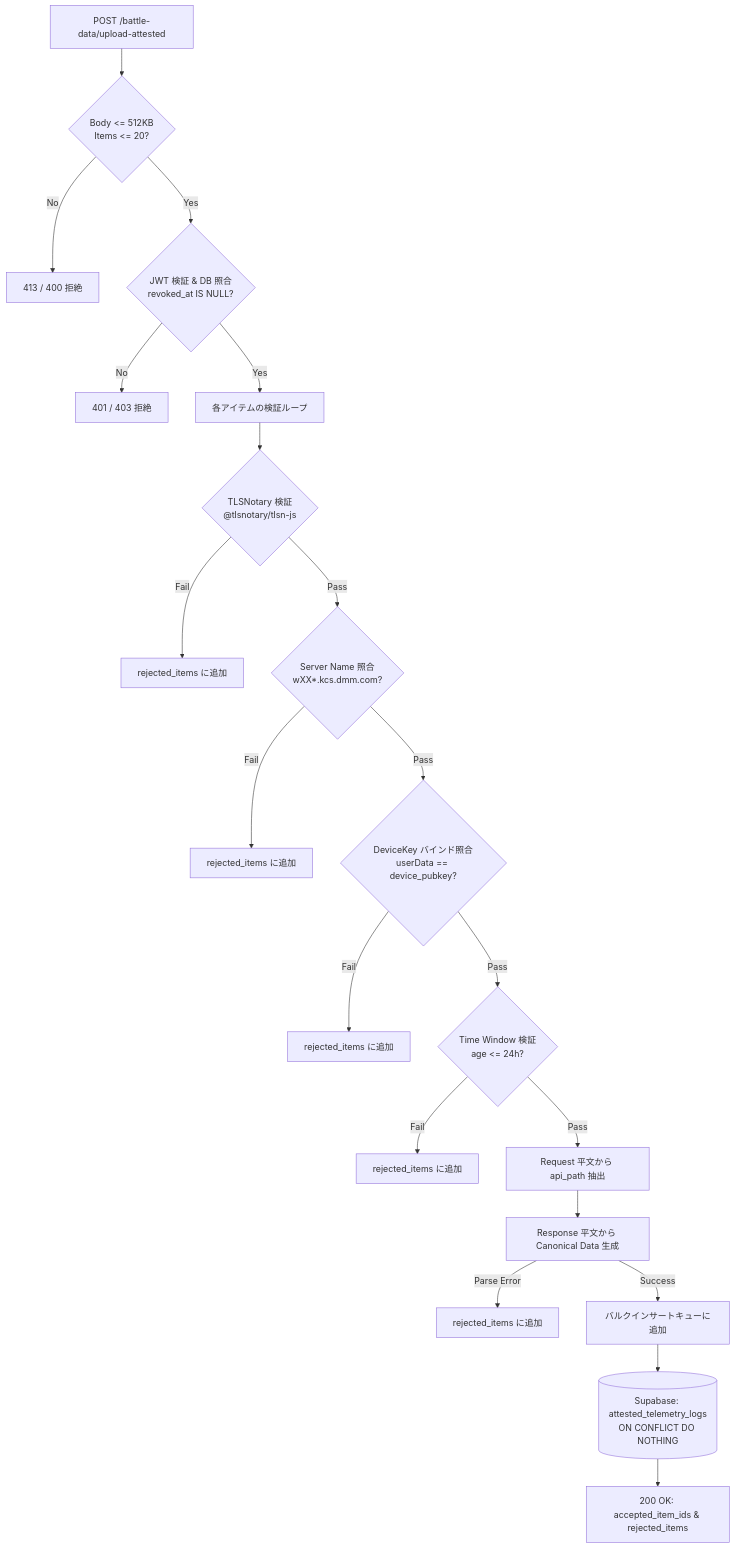
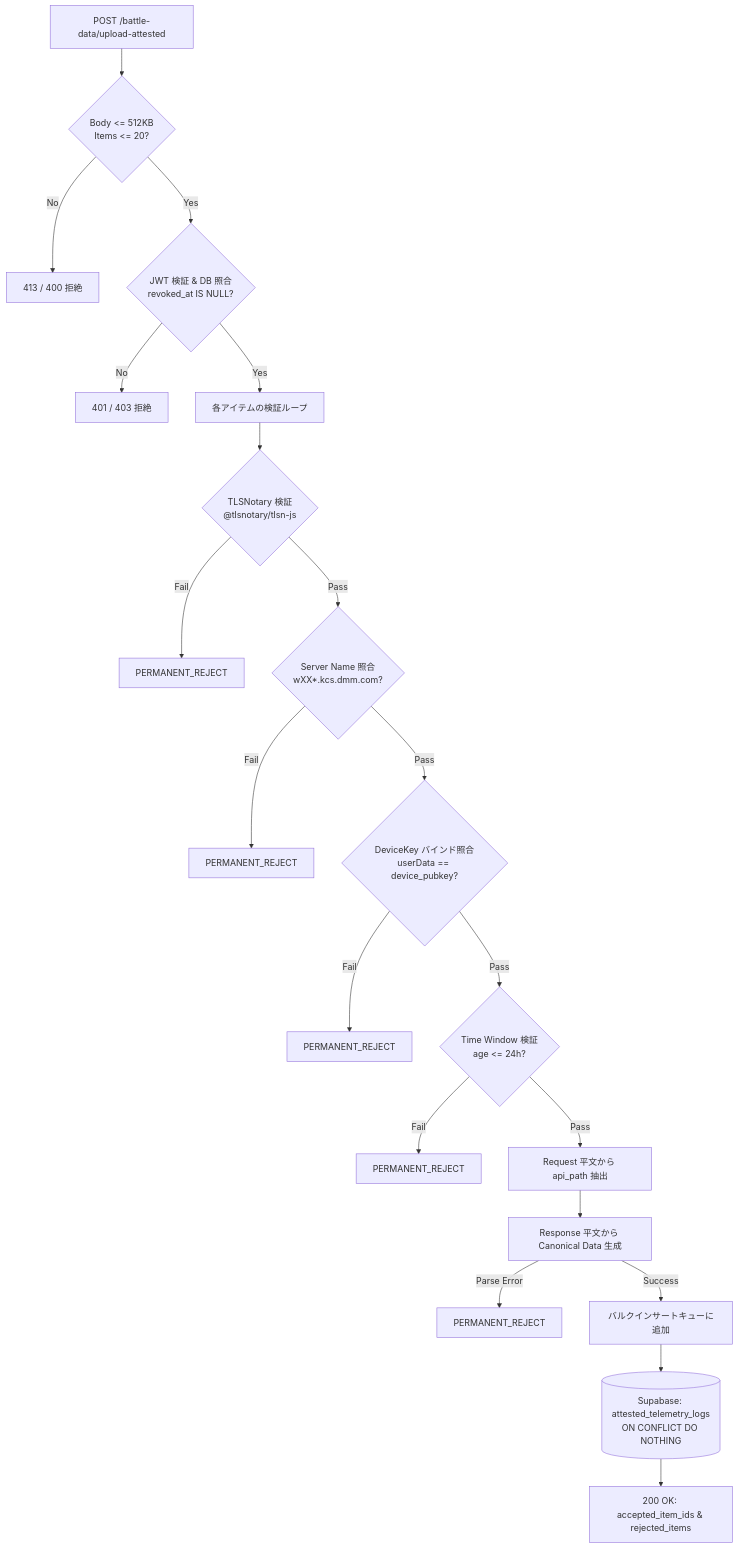
One commit to tsukasa-u/FUSOU changed the diagram in docs/operations/trusted-battle-and-telemetry-ingestion.md. Above: the diagram before and after it, drawn with Mermaid. The commit also changed other lines of this file and 1 other file, not shown here.

````diff
--- a/docs/operations/trusted-battle-and-telemetry-ingestion.md
+++ b/docs/operations/trusted-battle-and-telemetry-ingestion.md
@@ -279,25 +364,25 @@
 ```mermaid
 flowchart TD
     Req[POST /battle-data/upload-attested] --> DoS{Body <= 512KB<br/>Items <= 20?}
     DoS -->|No| R_413[413 / 400 拒絶]
     DoS -->|Yes| Auth{JWT 検証 & DB 照合<br/>revoked_at IS NULL?}
     Auth -->|No| R_401[401 / 403 拒絶]
     Auth -->|Yes| Loop[各アイテムの検証ループ]
 
     Loop --> V1{TLSNotary 検証<br/>@tlsnotary/tlsn-js}
-    V1 -->|Fail| E1[rejected_items に追加]
+    V1 -->|Fail| E1[PERMANENT_REJECT]
     V1 -->|Pass| V2{Server Name 照合<br/>wXX*.kcs.dmm.com?}
-    V2 -->|Fail| E2[rejected_items に追加]
+    V2 -->|Fail| E2[PERMANENT_REJECT]
     V2 -->|Pass| V3{DeviceKey バインド照合<br/>userData == device_pubkey?}
-    V3 -->|Fail| E3[rejected_items に追加]
+    V3 -->|Fail| E3[PERMANENT_REJECT]
     V3 -->|Pass| V4{Time Window 検証<br/>age <= 24h?}
-    V4 -->|Fail| E4[rejected_items に追加]
+    V4 -->|Fail| E4[PERMANENT_REJECT]
     V4 -->|Pass| P1[Request 平文から api_path 抽出]
     P1 --> P2[Response 平文から Canonical Data 生成]
     
-    P2 -->|Parse Error| E5[rejected_items に追加]
+    P2 -->|Parse Error| E5[PERMANENT_REJECT]
     P2 -->|Success| Bulk[バルクインサートキューに追加]
     
     Bulk --> DB[(Supabase: attested_telemetry_logs<br/>ON CONFLICT DO NOTHING)]
     DB --> Res[200 OK: accepted_item_ids & rejected_items]
 ```
````
